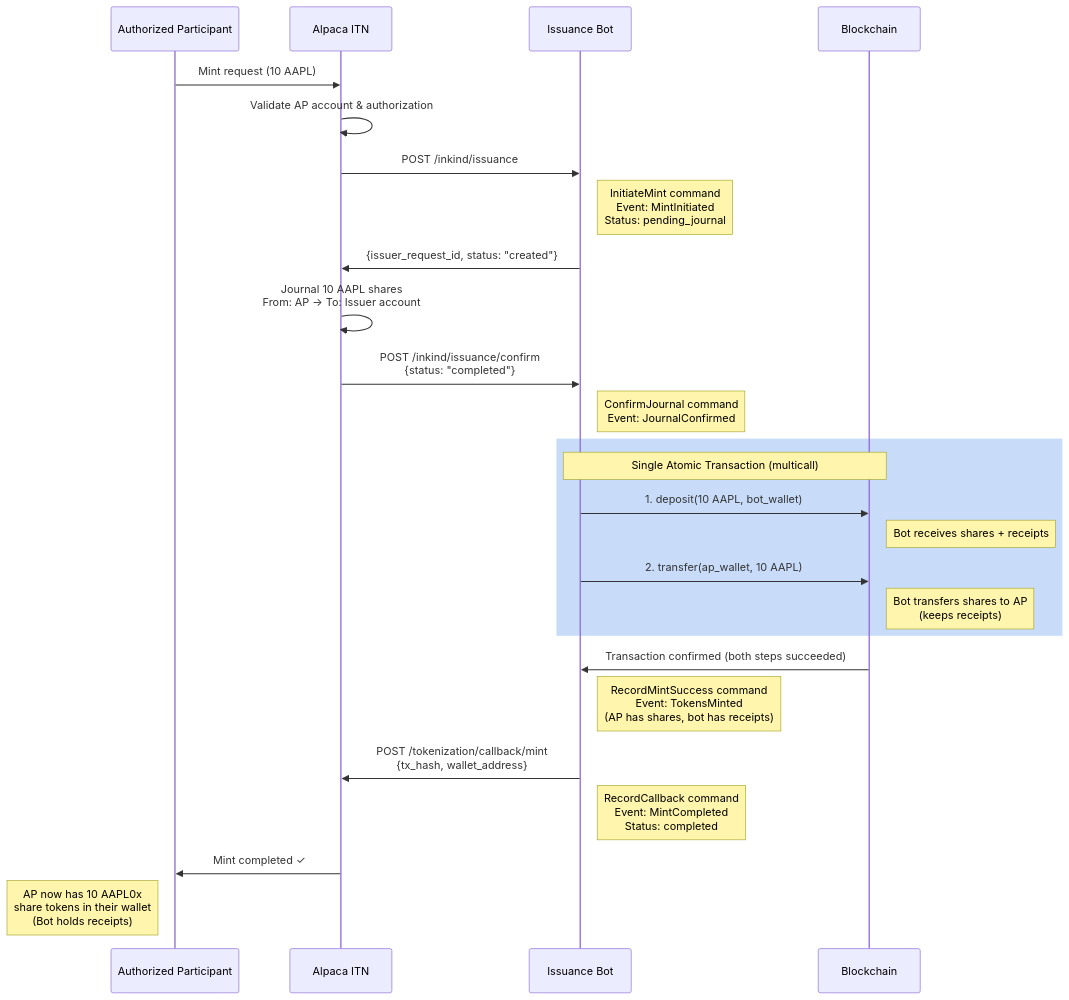
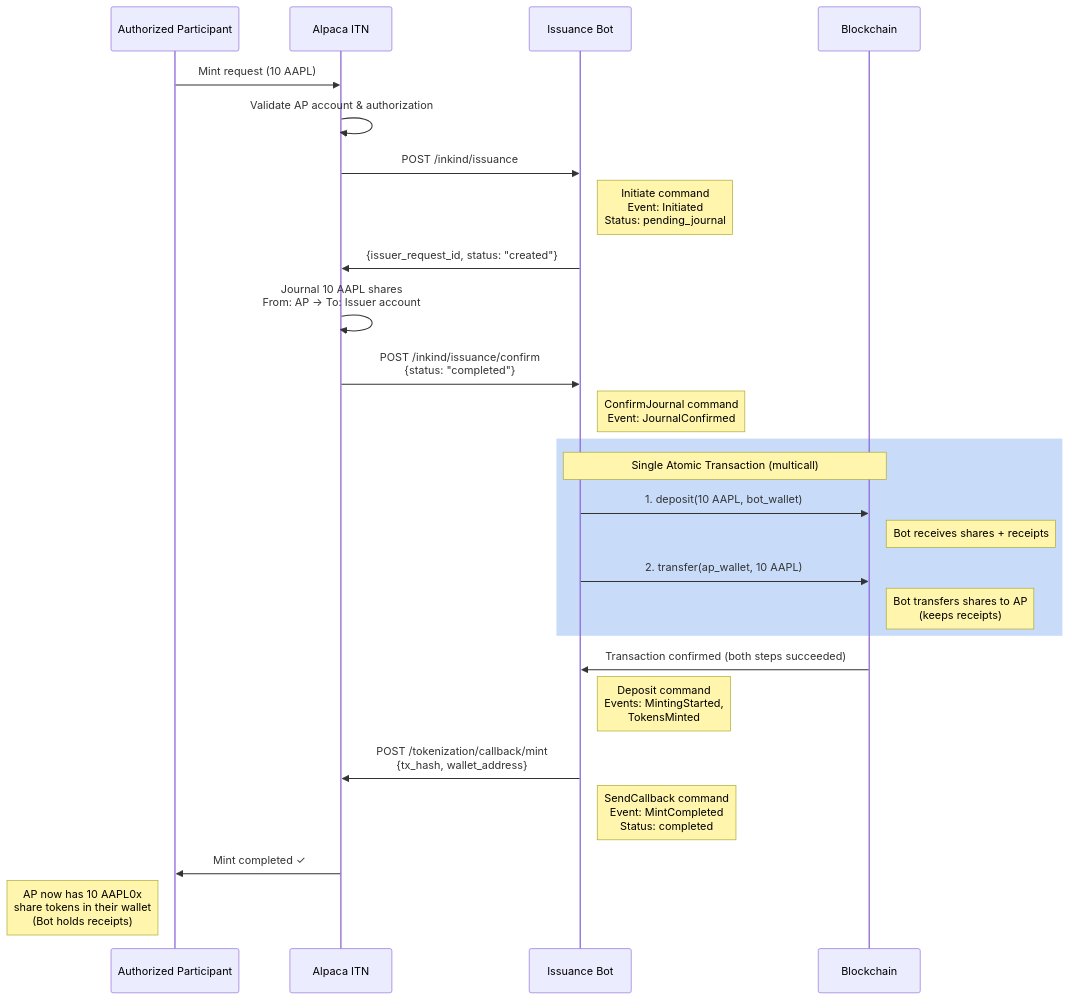
One commit to ST0x-Technology/st0x.issuance changed the third of 7 diagrams in SPEC.md. Above: the diagram before and after it, drawn with Mermaid. The commit also changed other lines of this file and 14 other files, not shown here.

````diff
--- a/SPEC.md
+++ b/SPEC.md
@@ -620,33 +604,33 @@
 ```mermaid
 sequenceDiagram
     participant AP as Authorized Participant
     participant Alpaca as Alpaca ITN
     participant Us as Issuance Bot
     participant Blockchain as Blockchain
 
     AP->>Alpaca: Mint request (10 AAPL)
     Alpaca->>Alpaca: Validate AP account & authorization
     Alpaca->>Us: POST /inkind/issuance
-    Note right of Us: InitiateMint command<br/>Event: MintInitiated<br/>Status: pending_journal
+    Note right of Us: Initiate command<br/>Event: Initiated<br/>Status: pending_journal
     Us->>Alpaca: {issuer_request_id, status: "created"}
 
     Alpaca->>Alpaca: Journal 10 AAPL shares<br/>From: AP -> To: Issuer account
     Alpaca->>Us: POST /inkind/issuance/confirm<br/>{status: "completed"}
     Note right of Us: ConfirmJournal command<br/>Event: JournalConfirmed
 
     rect rgb(200, 220, 250)
         Note over Us,Blockchain: Single Atomic Transaction (multicall)
         Us->>Blockchain: 1. deposit(10 AAPL, bot_wallet)
         Note right of Blockchain: Bot receives shares + receipts
         Us->>Blockchain: 2. transfer(ap_wallet, 10 AAPL)
         Note right of Blockchain: Bot transfers shares to AP<br/>(keeps receipts)
     end
     Blockchain->>Us: Transaction confirmed (both steps succeeded)
-    Note right of Us: RecordMintSuccess command<br/>Event: TokensMinted<br/>(AP has shares, bot has receipts)
+    Note right of Us: Deposit command<br/>Events: MintingStarted,<br/>TokensMinted
 
     Us->>Alpaca: POST /tokenization/callback/mint<br/>{tx_hash, wallet_address}
-    Note right of Us: RecordCallback command<br/>Event: MintCompleted<br/>Status: completed
+    Note right of Us: SendCallback command<br/>Event: MintCompleted<br/>Status: completed
 
     Alpaca->>AP: Mint completed ✓
     Note left of AP: AP now has 10 AAPL0x<br/>share tokens in their wallet<br/>(Bot holds receipts)
 ```
````
